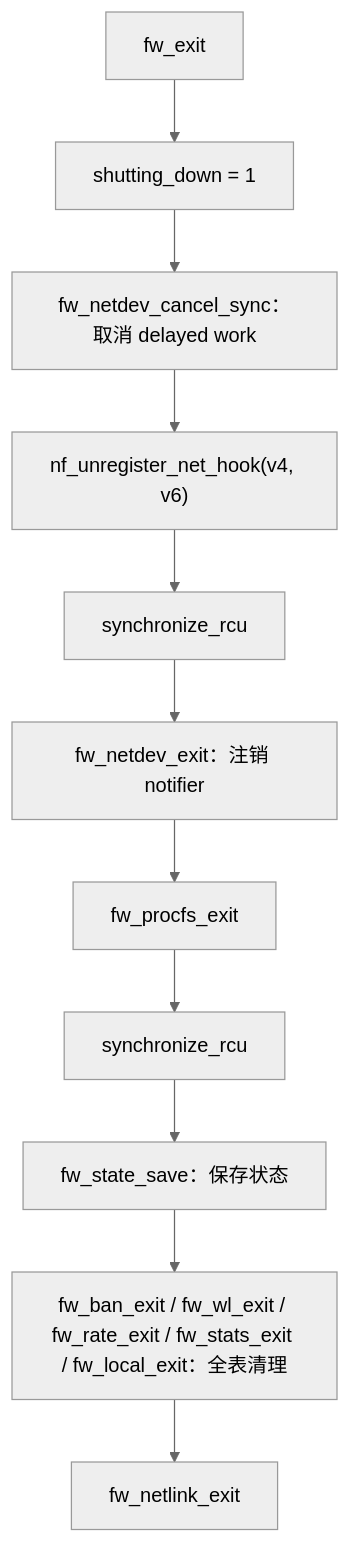
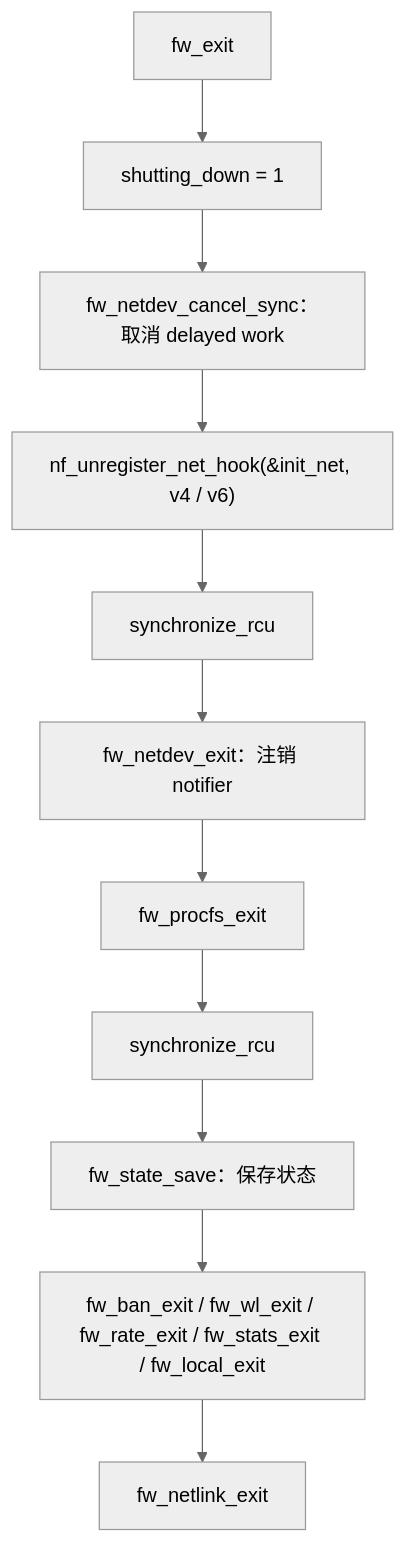
The third of 3 diagrams in docs/zh/architecture/kernel-module.md (SnowCore8/linux-firewall-kmod), drawn with Mermaid (neutral theme) before and after one commit. The commit also changed other lines of this file and 25 other files, not shown here.

````diff
--- a/docs/zh/architecture/kernel-module.md
+++ b/docs/zh/architecture/kernel-module.md
@@ -455,13 +559,13 @@
 ```mermaid
 graph TB
     A["fw_exit"] --> B["shutting_down = 1"]
     B --> C["fw_netdev_cancel_sync：取消 delayed work"]
-    C --> D["nf_unregister_net_hook(v4, v6)"]
+    C --> D["nf_unregister_net_hook(&init_net, v4 / v6)"]
     D --> E["synchronize_rcu"]
     E --> F["fw_netdev_exit：注销 notifier"]
     F --> G["fw_procfs_exit"]
     G --> H["synchronize_rcu"]
     H --> I["fw_state_save：保存状态"]
-    I --> J["fw_ban_exit / fw_wl_exit / fw_rate_exit / fw_stats_exit / fw_local_exit：全表清理"]
+    I --> J["fw_ban_exit / fw_wl_exit / fw_rate_exit / fw_stats_exit / fw_local_exit"]
     J --> K["fw_netlink_exit"]
 ```
````
